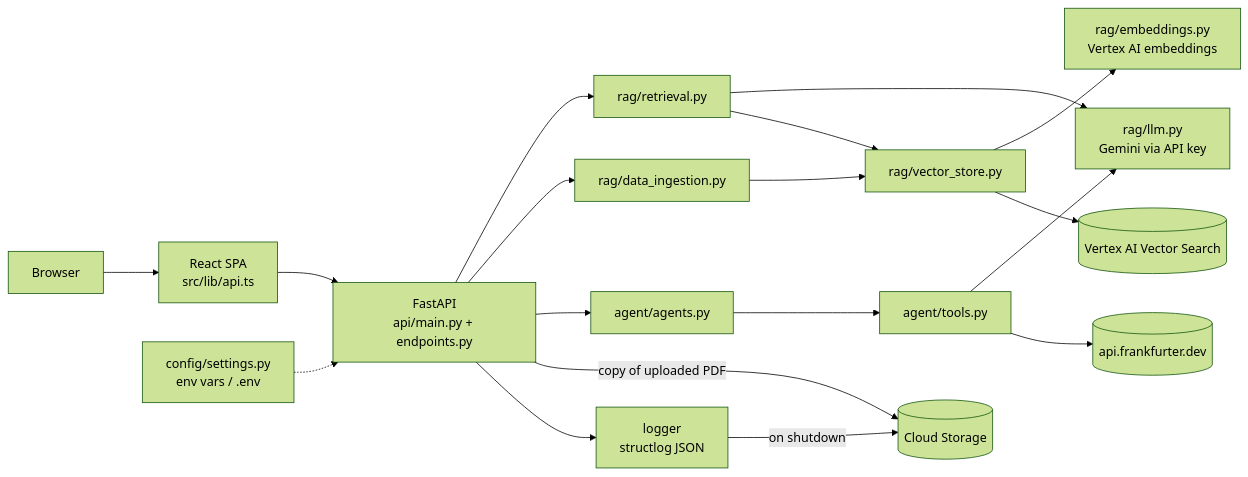
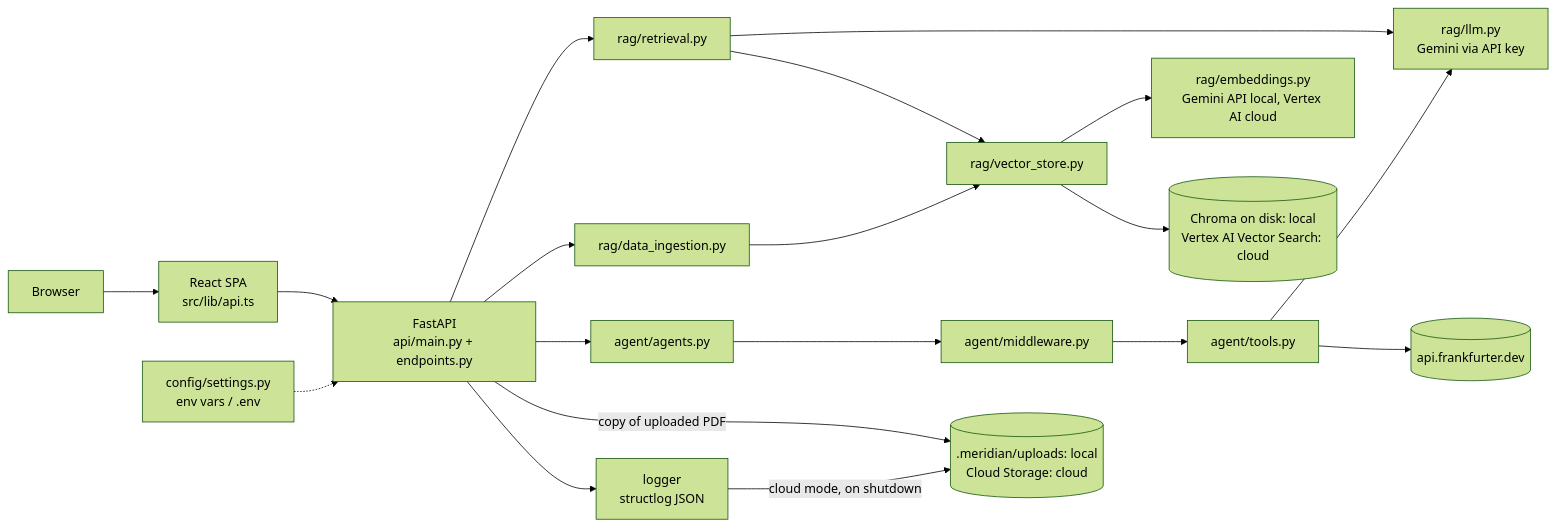
One commit to mayankchugh-learning/AgenticAI_ProjectWith_MCP changed the diagram in README.md. Above: the diagram before and after it, drawn with Mermaid (forest theme). The commit also changed other lines of this file and 27 other files, not shown here.

First line of the commit message:
M1 docs: README local/cloud merge, mentor learner guide, merge verification

````diff
--- a/README.md
+++ b/README.md
@@ -37,20 +52,21 @@
 ```mermaid
 flowchart LR
   U[Browser] --> FE[React SPA<br/>src/lib/api.ts]
   FE --> API[FastAPI<br/>api/main.py + endpoints.py]
   API --> RET[rag/retrieval.py]
   API --> ING[rag/data_ingestion.py]
   API --> AG[agent/agents.py]
   RET --> LLM[rag/llm.py<br/>Gemini via API key]
   RET --> VS[rag/vector_store.py]
   ING --> VS
-  VS --> EMB[rag/embeddings.py<br/>Vertex AI embeddings]
-  VS --> VVS[(Vertex AI Vector Search)]
-  API -->|copy of uploaded PDF| GCS[(Cloud Storage)]
-  AG --> TOOLS[agent/tools.py]
+  VS --> EMB[rag/embeddings.py<br/>Gemini API local, Vertex AI cloud]
+  VS --> VVS[(Chroma on disk: local<br/>Vertex AI Vector Search: cloud)]
+  API -->|copy of uploaded PDF| GCS[(.meridian/uploads: local<br/>Cloud Storage: cloud)]
+  AG --> MW[agent/middleware.py]
+  MW --> TOOLS[agent/tools.py]
   TOOLS --> LLM
   TOOLS --> FX[(api.frankfurter.dev)]
   API --> LOG[logger<br/>structlog JSON]
-  LOG -->|on shutdown| GCS
+  LOG -->|cloud mode, on shutdown| GCS
   CFG[config/settings.py<br/>env vars / .env] -.-> API
 ```
````
